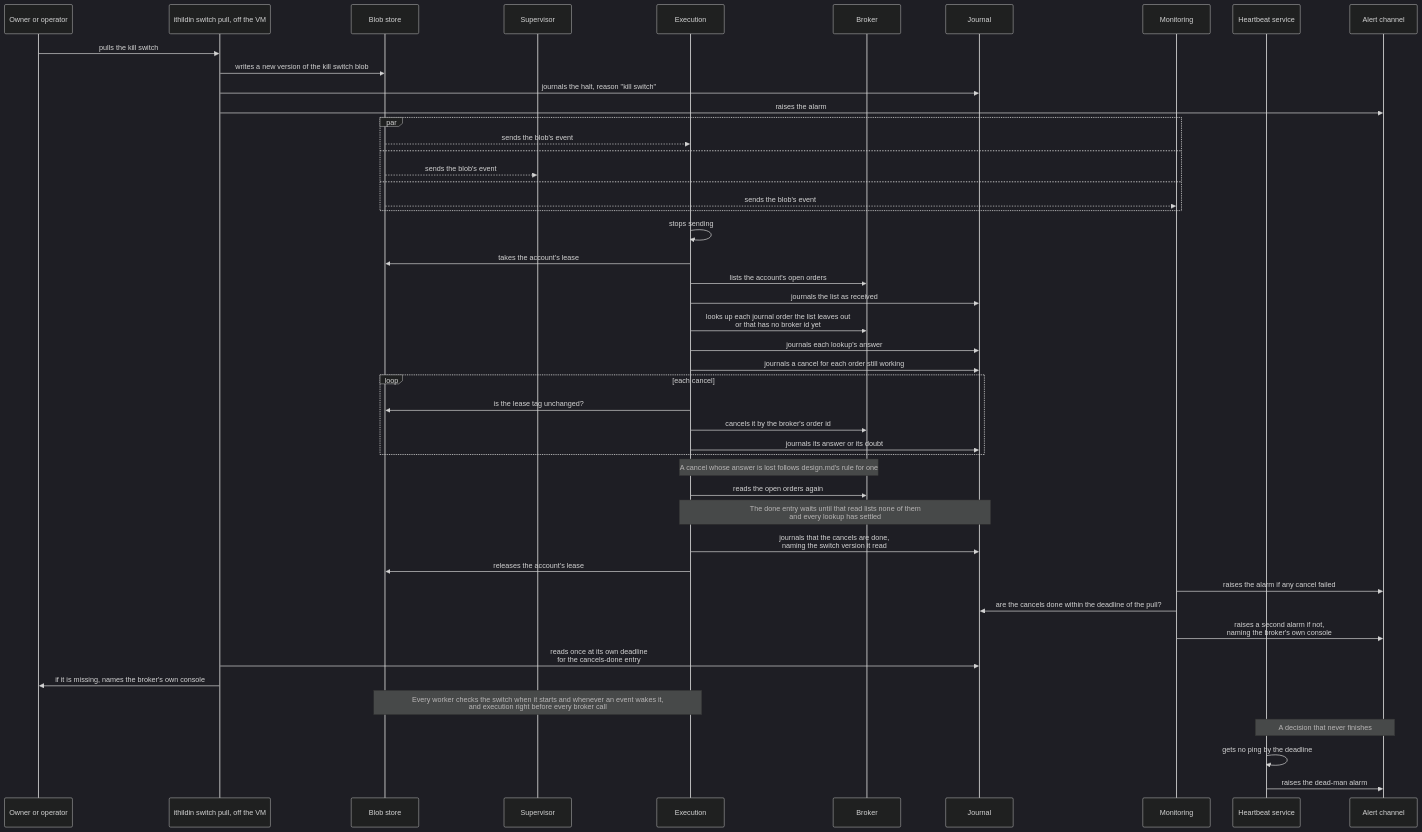
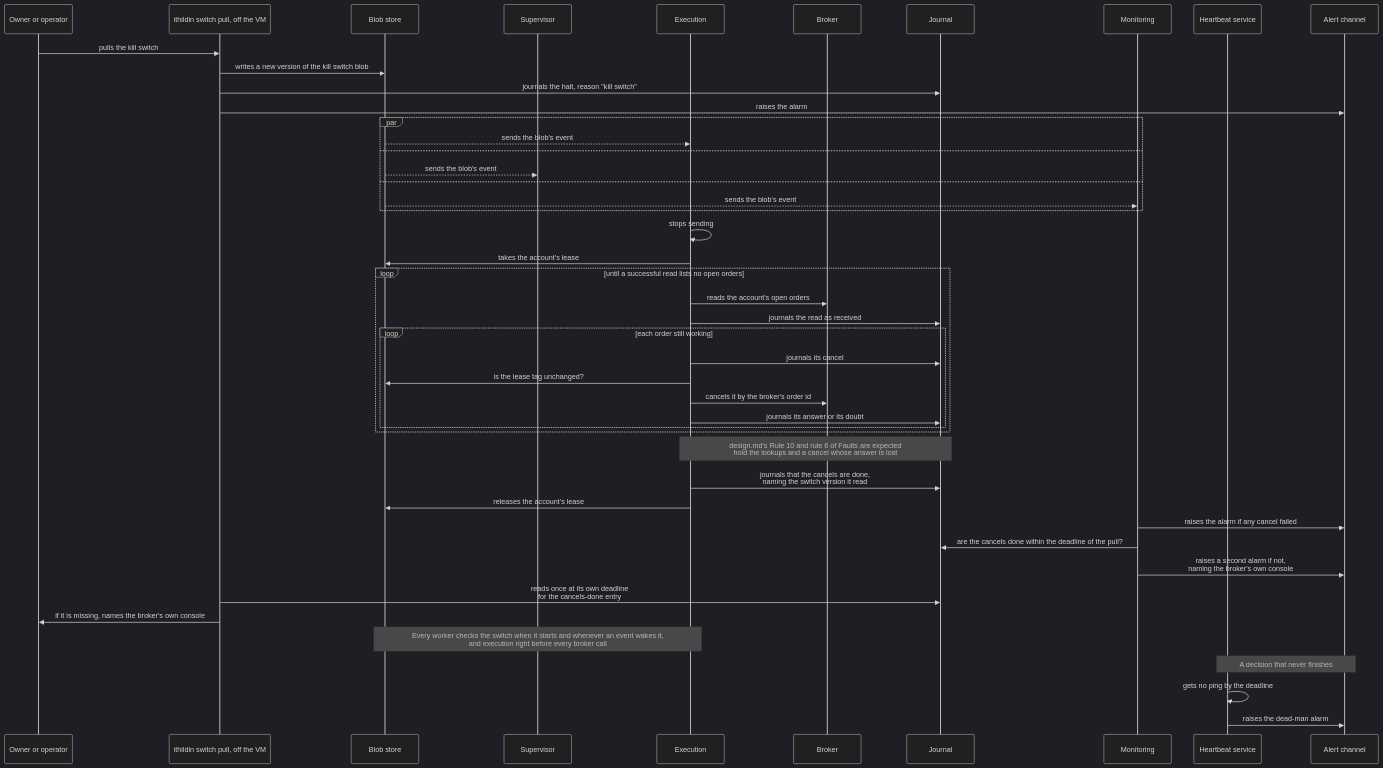
Before and after one commit to l3a0/ithildin-runtime: diagram 15 of 17 in docs/architecture/06-runtime.md, drawn with Mermaid (dark theme). The commit also changed other lines of this file and 6 other files, not shown here.

````diff
--- a/docs/architecture/06-runtime.md
+++ b/docs/architecture/06-runtime.md
@@ -834,52 +836,50 @@
 ```mermaid
 sequenceDiagram
     participant P as Owner or operator
     participant K as ithildin switch pull, off the VM
     participant F as Blob store
     participant V as Supervisor
     participant X as Execution
     participant B as Broker
     participant J as Journal
     participant M as Monitoring
     participant H as Heartbeat service
     participant A as Alert channel
 
     P->>K: pulls the kill switch
     K->>F: writes a new version of the kill switch blob
     K->>J: journals the halt, reason "kill switch"
     K->>A: raises the alarm
     par
         F-->>X: sends the blob's event
     and
         F-->>V: sends the blob's event
     and
         F-->>M: sends the blob's event
     end
     X->>X: stops sending
     X->>F: takes the account's lease
-    X->>B: lists the account's open orders
-    X->>J: journals the list as received
-    X->>B: looks up each journal order the list leaves out<br/>or that has no broker id yet
-    X->>J: journals each lookup's answer
-    X->>J: journals a cancel for each order still working
-    loop each cancel
-        X->>F: is the lease tag unchanged?
-        X->>B: cancels it by the broker's order id
-        X->>J: journals its answer or its doubt
+    loop until a successful read lists no open orders
+        X->>B: reads the account's open orders
+        X->>J: journals the read as received
+        loop each order still working
+            X->>J: journals its cancel
+            X->>F: is the lease tag unchanged?
+            X->>B: cancels it by the broker's order id
+            X->>J: journals its answer or its doubt
+        end
     end
-    Note over X,B: A cancel whose answer is lost follows design.md's rule for one
-    X->>B: reads the open orders again
-    Note over X,J: The done entry waits until that read lists none of them<br/>and every lookup has settled
+    Note over X,J: design.md's Rule 10 and rule 6 of Faults are expected<br/>hold the lookups and a cancel whose answer is lost
     X->>J: journals that the cancels are done,<br/>naming the switch version it read
     X->>F: releases the account's lease
     M->>A: raises the alarm if any cancel failed
     M->>J: are the cancels done within the deadline of the pull?
     M->>A: raises a second alarm if not,<br/>naming the broker's own console
     K->>J: reads once at its own deadline<br/>for the cancels-done entry
     K->>P: if it is missing, names the broker's own console
     Note over F,X: Every worker checks the switch when it starts and whenever an event wakes it,<br/>and execution right before every broker call
 
     Note over H,A: A decision that never finishes
     H->>H: gets no ping by the deadline
     H->>A: raises the dead-man alarm
 ```
````
